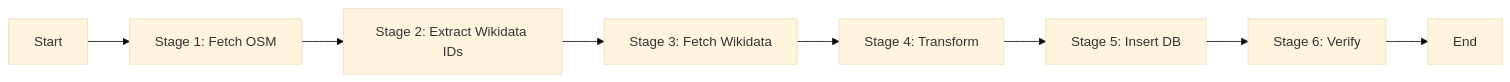
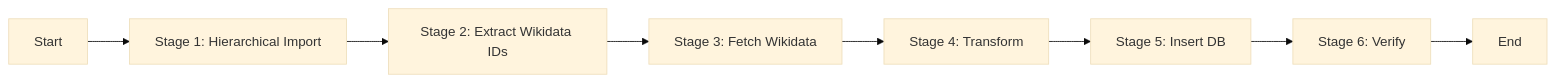
One commit to DaxServer/geocode-commons-categories changed the seventh of 9 diagrams in docs/import/architecture.md. Above: the diagram before and after it, drawn with Mermaid (base theme). The commit also changed other lines of this file and 12 other files, not shown here.

````diff
--- a/docs/import/architecture.md
+++ b/docs/import/architecture.md
@@ -347,11 +283,10 @@
 ```mermaid
 graph LR
-    A[Start] --> B[Stage 1: Fetch OSM]
+    A[Start] --> B[Stage 1: Hierarchical Import]
     B --> C[Stage 2: Extract Wikidata IDs]
     C --> D[Stage 3: Fetch Wikidata]
     D --> E[Stage 4: Transform]
     E --> F[Stage 5: Insert DB]
     F --> G[Stage 6: Verify]
     G --> H[End]
-
 ```
````
